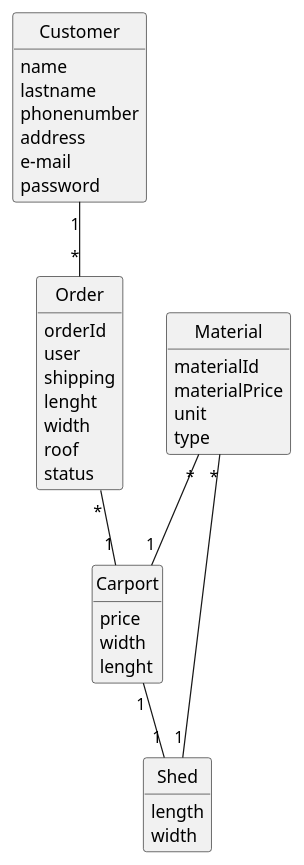
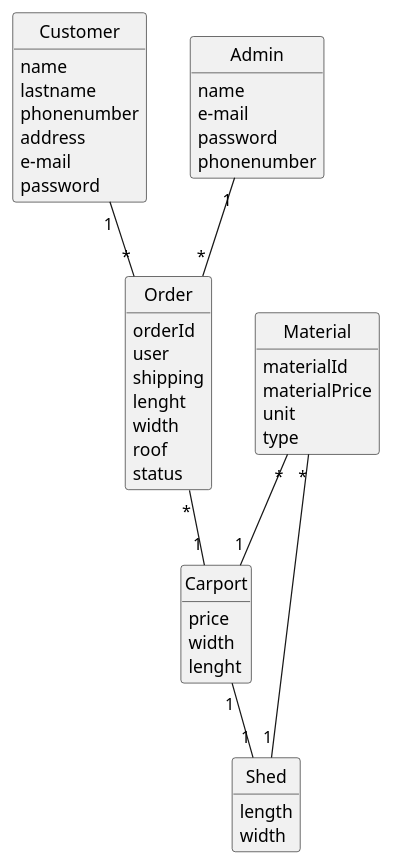
Before and after one commit to AlberteVallentin/Carport: the diagram in Domainmodel.puml, drawn with PlantUML.

Commit message:
klassediagram in process med admin i

```diff
--- a/Domainmodel.puml
+++ b/Domainmodel.puml
@@ -1,61 +1,71 @@
 @startuml
 'https://plantuml.com/class-diagram
 hide circle
 hide methods
 
 class Material
 {
 materialId
 materialPrice
 unit
 type
 
 }
 
 class Customer
 {
 name
 lastname
 phonenumber
 address
 e-mail
 password
 }
 
+class Admin
+{
+name
+e-mail
+password
+phonenumber
+}
+
 
 
 class Order
 {
 orderId
 user
 shipping
 lenght
 width
 roof
 status
 }
+
 
 class Carport
 {
 price
 width
 lenght
 }
 
 class Shed
 {
 length
 width
 }
 
 
 Customer "1" -- "*" Order
 Order "*" -- "1" Carport
 Carport "1" -- "1" Shed
 Material "*" -- "1" Carport
 Material "*" -- "1" Shed
+Admin "1" -- "*" Order
 
 
 
 
 @enduml
```
